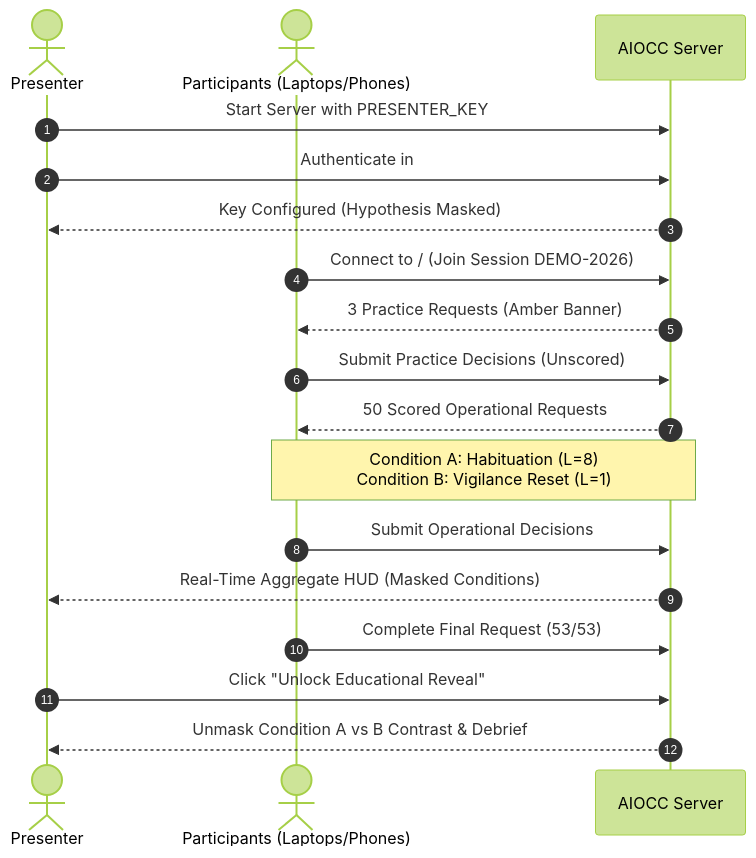
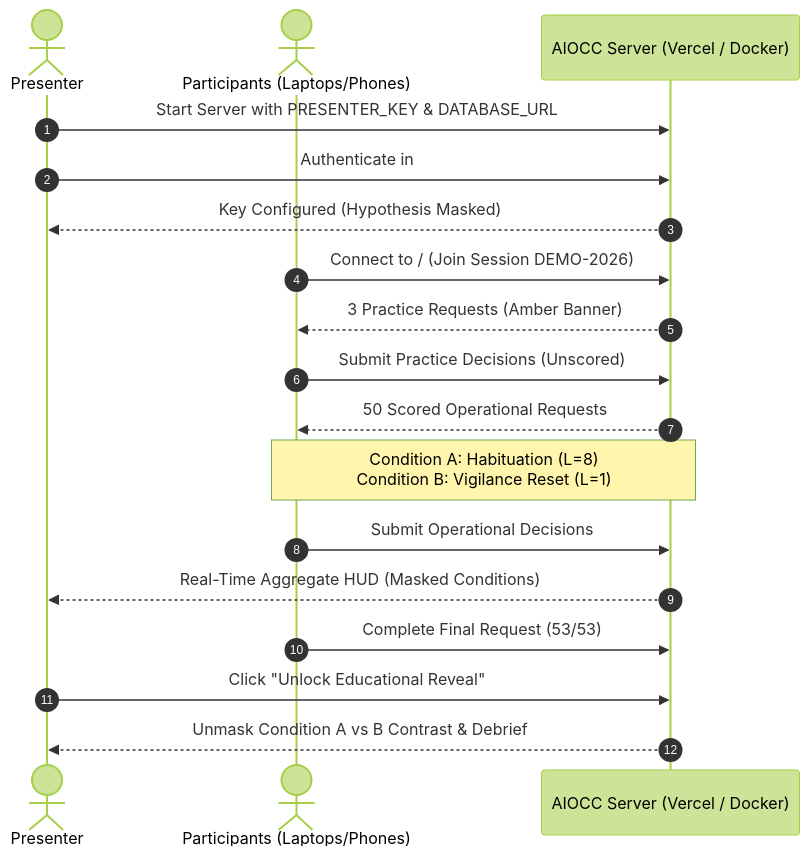
Before and after one commit to VyomVadodariya/TEMSCON: the diagram in README.md, drawn with Mermaid (forest theme). The commit also changed other lines of this file and 10 other files, not shown here.

````diff
--- a/README.md
+++ b/README.md
@@ -181,21 +217,21 @@
 ```mermaid
 sequenceDiagram
     autonumber
     actor Presenter
     actor Audience as Participants (Laptops/Phones)
-    participant Server as AIOCC Server
+    participant Server as AIOCC Server (Vercel / Docker)
     
-    Presenter->>Server: Start Server with PRESENTER_KEY
+    Presenter->>Server: Start Server with PRESENTER_KEY & DATABASE_URL
     Presenter->>Server: Authenticate in #presenter (Enters Key)
     Server-->>Presenter: Key Configured (Hypothesis Masked)
     Audience->>Server: Connect to / (Join Session DEMO-2026)
     Server-->>Audience: 3 Practice Requests (Amber Banner)
     Audience->>Server: Submit Practice Decisions (Unscored)
     Server-->>Audience: 50 Scored Operational Requests
     Note over Audience,Server: Condition A: Habituation (L=8)<br/>Condition B: Vigilance Reset (L=1)
     Audience->>Server: Submit Operational Decisions
     Server-->>Presenter: Real-Time Aggregate HUD (Masked Conditions)
     Audience->>Server: Complete Final Request (53/53)
     Presenter->>Server: Click "Unlock Educational Reveal"
     Server-->>Presenter: Unmask Condition A vs B Contrast & Debrief
 ```
````
